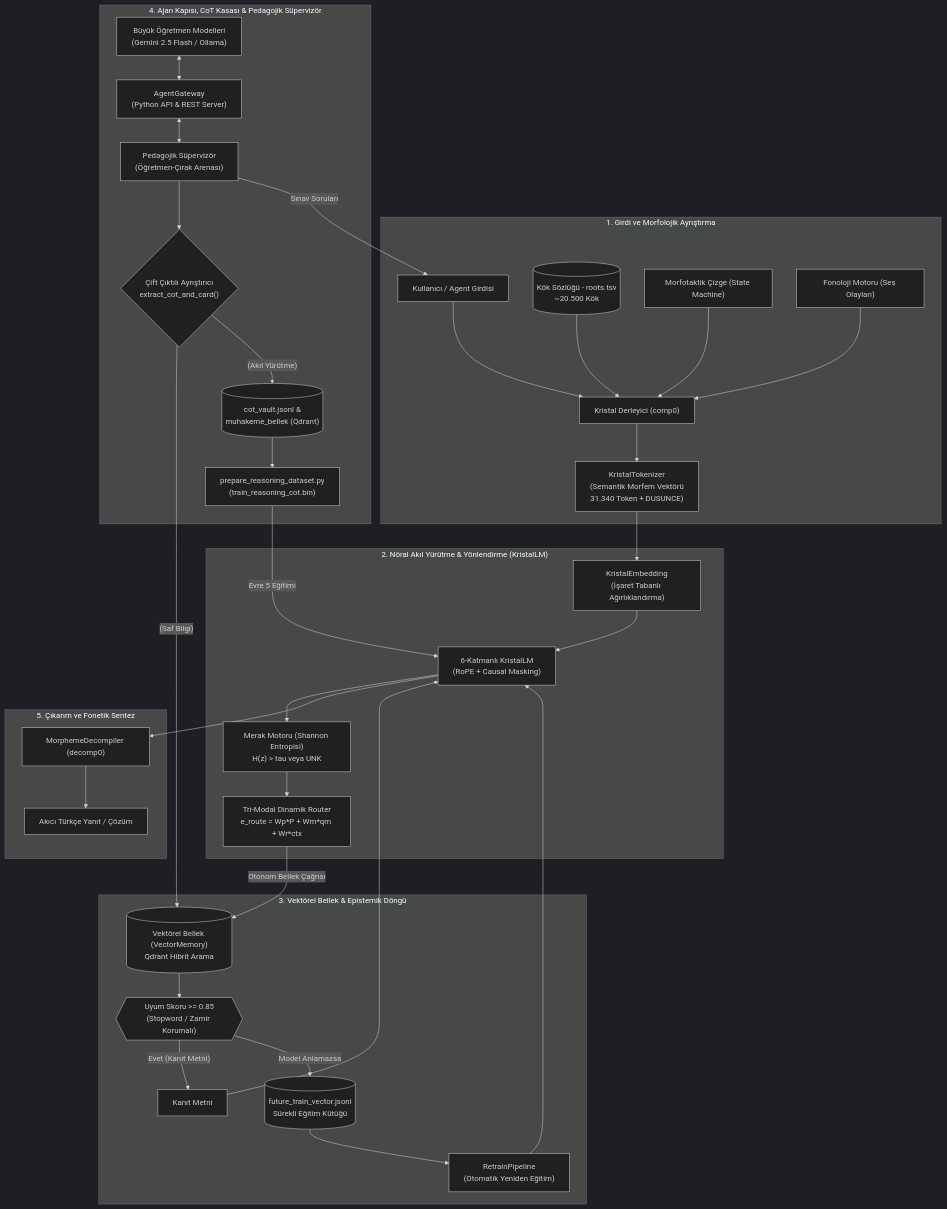
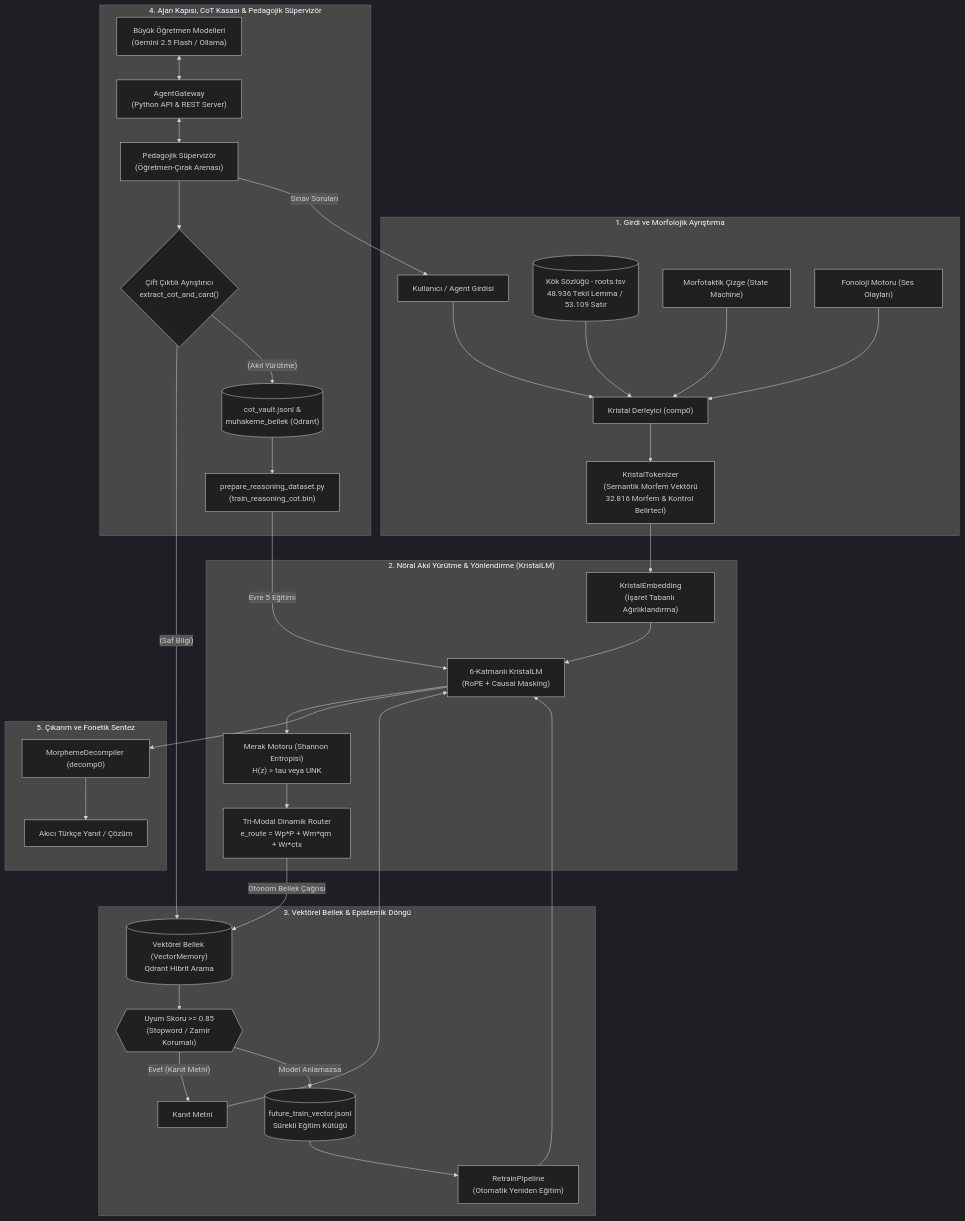
One commit to onkanat/tr_llm changed the diagram in README.md. Above: the diagram before and after it, drawn with Mermaid (dark theme). The commit also changed other lines of this file and 89 other files, not shown here.

````diff
--- a/README.md
+++ b/README.md
@@ -34,43 +34,43 @@
 ```mermaid
 flowchart TD
     subgraph INGESTION ["1. Girdi ve Morfolojik Ayrıştırma"]
         RawText["Kullanıcı / Agent Girdisi"] --> Comp["Kristal Derleyici (comp0)"]
-        Lexicon[("Kök Sözlüğü - roots.tsv\n~20.500 Kök")] --> Comp
+        Lexicon[("Kök Sözlüğü - roots.tsv\n48.936 Tekil Lemma / 53.109 Satır")] --> Comp
         Graph["Morfotaktik Çizge (State Machine)"] --> Comp
         Phonology["Fonoloji Motoru (Ses Olayları)"] --> Comp
-        Comp --> Tokenizer["KristalTokenizer\n(Semantik Morfem Vektörü\n31.340 Token + DUSUNCE)"]
+        Comp --> Tokenizer["KristalTokenizer\n(Semantik Morfem Vektörü\n32.816 Morfem & Kontrol Belirteci)"]
     end
 
     subgraph REASONING ["2. Nöral Akıl Yürütme & Yönlendirme (KristalLM)"]
         Tokenizer --> Embed["KristalEmbedding\n(İşaret Tabanlı Ağırlıklandırma)"]
         Embed --> Transformer["6-Katmanlı KristalLM\n(RoPE + Causal Masking)"]
         Transformer --> Curiosity["Merak Motoru (Shannon Entropisi)\nH(z) > tau veya UNK"]
         Curiosity --> Router["Tri-Modal Dinamik Router\ne_route = Wp*P + Wm*qm + Wr*ctx"]
     end
 
     subgraph MEMORY ["3. Vektörel Bellek & Epistemik Döngü"]
         Router -->|"Otonom Bellek Çağrısı"| VecMem[("Vektörel Bellek (VectorMemory)\nQdrant Hibrit Arama")]
         VecMem --> Filter{{"Uyum Skoru >= 0.85\n(Stopword / Zamir Korumalı)"}}
         Filter -->|"Evet (Kanıt Metni)"| DocInject["<CONTEXT> Kanıt Metni </CONTEXT>"]
         DocInject --> Transformer
         Filter -->|"Model Anlamazsa"| FutureTrain[("future_train_vector.jsonl\nSürekli Eğitim Kütüğü")]
         FutureTrain --> Retrain["RetrainPipeline\n(Otomatik Yeniden Eğitim)"]
         Retrain --> Transformer
     end
 
     subgraph GATEWAY ["4. Ajan Kapısı, CoT Kasası & Pedagojik Süpervizör"]
         ExtAgent["Büyük Öğretmen Modelleri\n(Gemini 2.5 Flash / Ollama)"] <--> Gateway["AgentGateway\n(Python API & REST Server)"]
         Gateway <--> Supervisor["Pedagojik Süpervizör\n(Öğretmen-Çırak Arenası)"]
         Supervisor --> DualParse{"Çift Çıktılı Ayrıştırıcı\nextract_cot_and_card()"}
         DualParse -->|"<BILGI_KARTI> (Saf Bilgi)"| VecMem
         DualParse -->|"<DUSUNCE> (Akıl Yürütme)"| CoTVault[("cot_vault.jsonl &\nmuhakeme_bellek (Qdrant)")]
         CoTVault --> PrepReasoning["prepare_reasoning_dataset.py\n(train_reasoning_cot.bin)"]
         PrepReasoning -->|"Evre 5 Eğitimi"| Transformer
         Supervisor -->|"Sınav Soruları"| RawText
     end
 
     subgraph SYNTHESIS ["5. Çıkarım ve Fonetik Sentez"]
         Transformer --> Decomp["MorphemeDecompiler (decomp0)"]
         Decomp --> CleanText["Akıcı Türkçe Yanıt / Çözüm"]
     end
 ```
````
